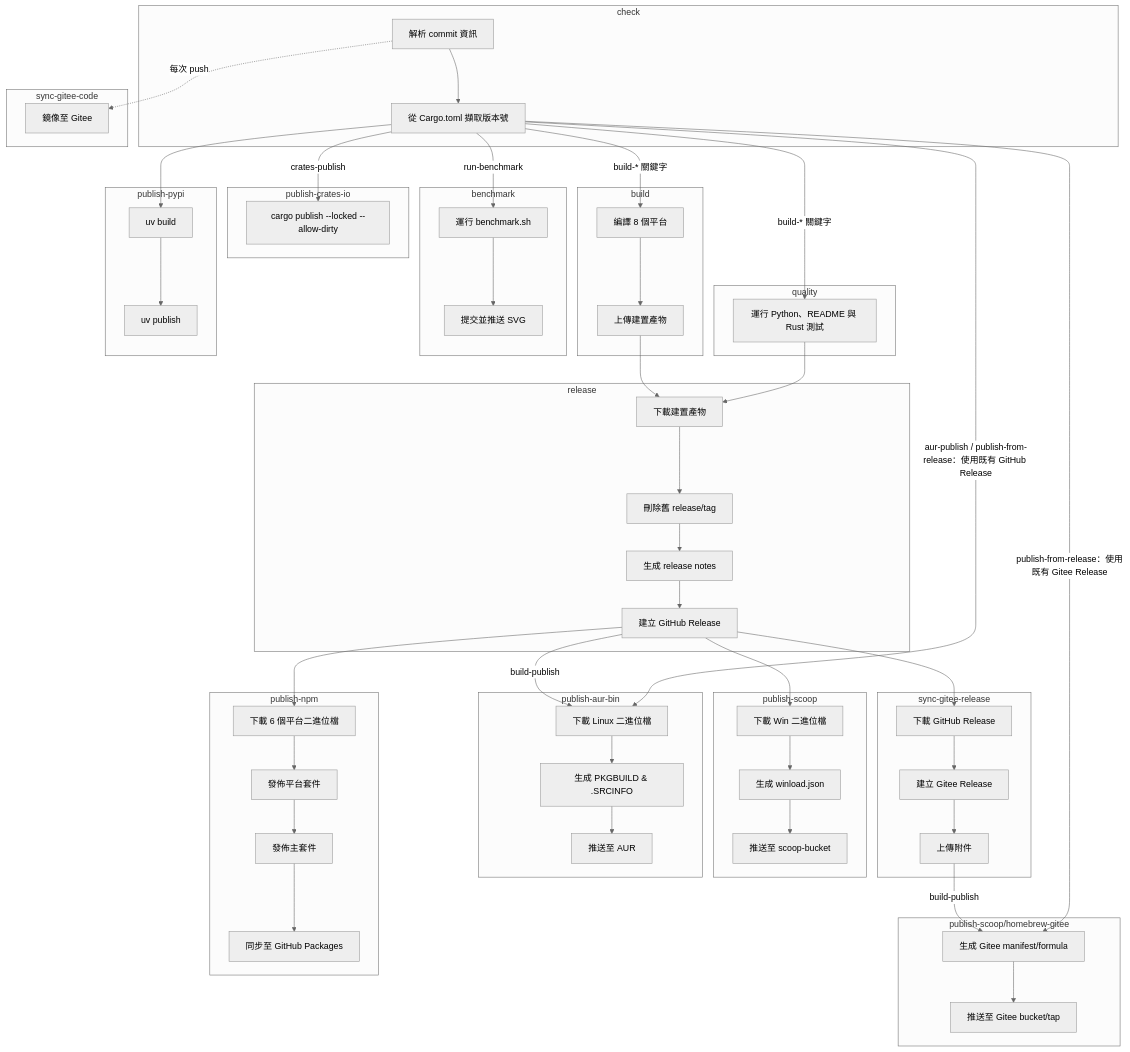
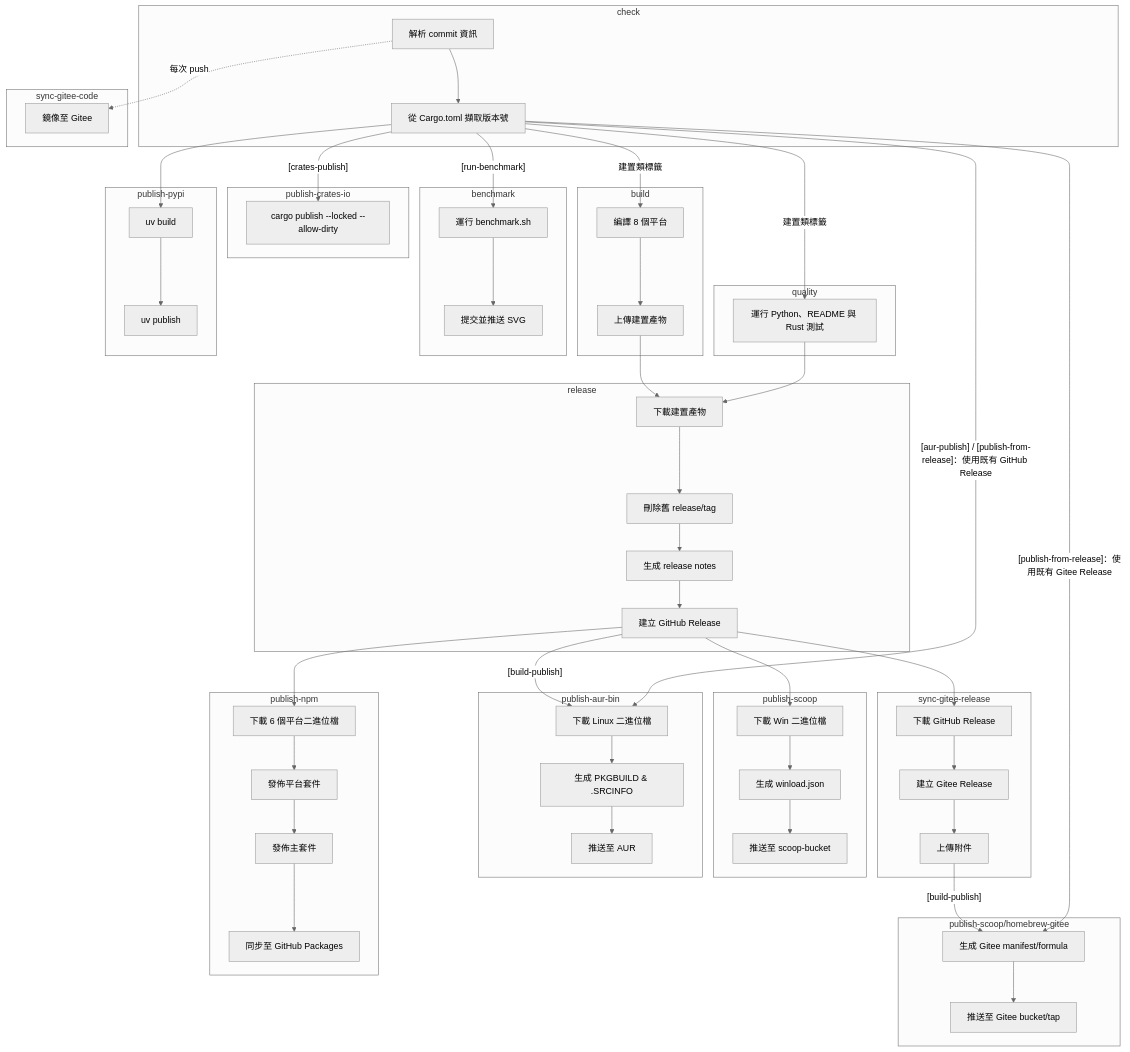
The diagram in .github/workflows/build.zh-tw.md (VincentZyuApps/winload), drawn with Mermaid (neutral theme) before and after one commit. The commit also changed other lines of this file and 8 other files, not shown here.

````diff
--- a/.github/workflows/build.zh-tw.md
+++ b/.github/workflows/build.zh-tw.md
@@ -249,27 +250,27 @@
 
     C1 --> C2
     C1 -."每次 push".-> SC1
-    C2 --"build-* 關鍵字"--> B1
-    C2 --"build-* 關鍵字"--> T1
-    C2 --"run-benchmark"--> BM1
+    C2 --"建置類標籤"--> B1
+    C2 --"建置類標籤"--> T1
+    C2 --"[run-benchmark]"--> BM1
     C2 --> PY1
     BM1 --> BM2
     PY1 --> PY2
     B1 --> B2
     B2 --> R1
     T1 --> R1
-    C2 --"crates-publish"--> CR1
+    C2 --"[crates-publish]"--> CR1
     R1 --> R2 --> R3 --> R4
     R4 --> S1
     S1 --> S2 --> S3
-    R4 --"build-publish"--> A1
-    C2 --"aur-publish / publish-from-release：使用既有 GitHub Release"--> A1
+    R4 --"[build-publish]"--> A1
+    C2 --"[aur-publish] / [publish-from-release]：使用既有 GitHub Release"--> A1
     A1 --> A2 --> A3
     R4 --> N1
     N1 --> N2 --> N3 --> N4
     R4 --> SR1
     SR1 --> SR2 --> SR3
-    SR3 --"build-publish"--> G1
-    C2 --"publish-from-release：使用既有 Gitee Release"--> G1
+    SR3 --"[build-publish]"--> G1
+    C2 --"[publish-from-release]：使用既有 Gitee Release"--> G1
     G1 --> G2
 ```
````
